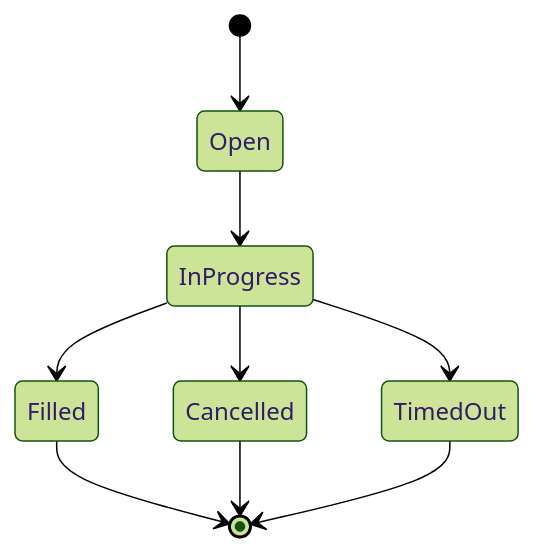
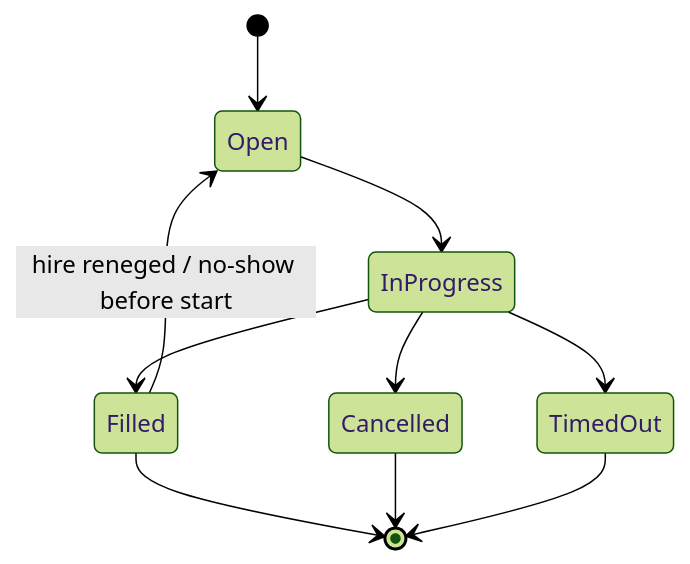
Before and after one commit to Seta-International/agent-platform: diagram 11 of 11 in docs/modules/Hiring-PRD.md, drawn with Mermaid (forest theme). The commit also changed other lines of this file and 5 other files, not shown here.

````diff
--- a/docs/modules/Hiring-PRD.md
+++ b/docs/modules/Hiring-PRD.md
@@ -433,11 +512,12 @@
 ```mermaid
 stateDiagram-v2
   [*] --> Open
   Open --> InProgress
   InProgress --> Filled
   InProgress --> Cancelled
   InProgress --> TimedOut
+  Filled --> Open: hire reneged / no-show before start
   Filled --> [*]
   Cancelled --> [*]
   TimedOut --> [*]
 ```
````
